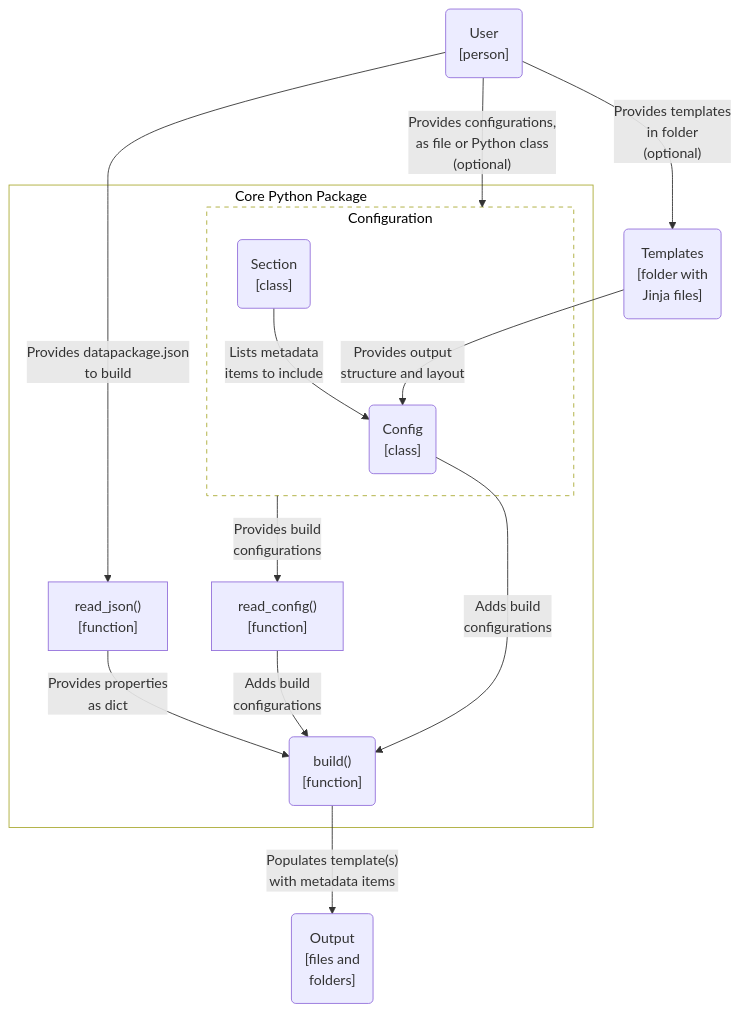
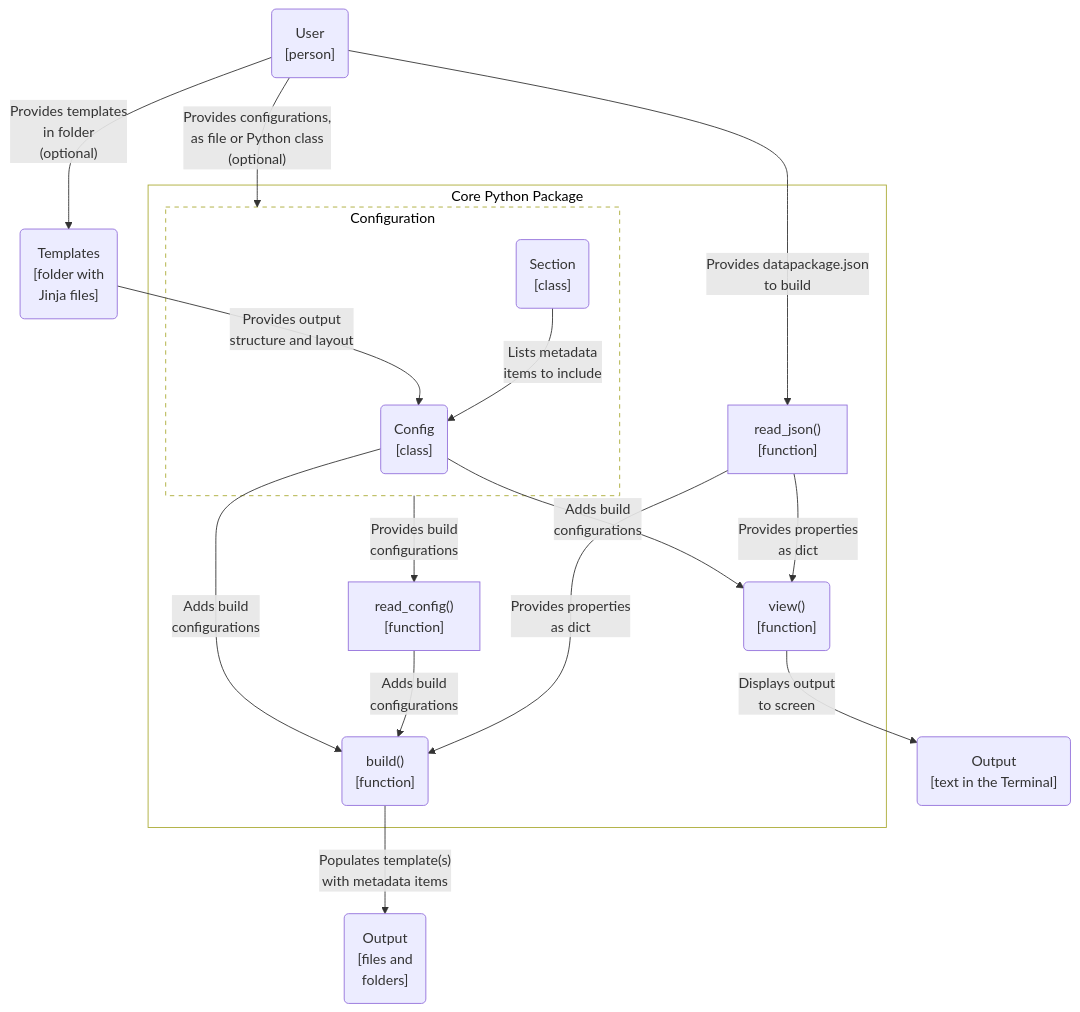
The third of 3 diagrams in docs/design/architecture.qmd (seedcase-project/seedcase-flower), drawn with Mermaid before and after one commit.

Commit message:
docs: :building_construction: added `view()` functionality to C4 model (#104)
# Description

This was missing from the C4 model.

Needs a quick review.

## Checklist

- [x] Formatted Markdown
- [x] Ran `just run-all`

---------

````diff
--- a/docs/design/architecture.qmd
+++ b/docs/design/architecture.qmd
@@ -235,38 +235,41 @@
 ```{mermaid}
 %%| label: fig-c4-component
 %%| fig-cap: "C4 component diagram showing the parts of the Python package and their connections."
 flowchart
 
     subgraph python_package["Core Python Package"]
 
         subgraph config_file["Configuration"]
             config("Config<br>[class]")
             section("Section<br>[class]")
         end
 
         read_config["read_config()<br>[function]"]
         read_json["read_json()<br>[function]"]
         build("build()<br>[function]")
+        view("view()<br>[function]")
 
         section --"Lists metadata<br>items to include"--> config
         config_file -- "Provides build<br>configurations" --> read_config
 
-        read_json --"Provides properties<br>as dict"--> build
+        read_json --"Provides properties<br>as dict"--> build & view
         read_config -- "Adds build<br>configurations" --> build
-        config --"Adds build<br>configurations"--> build
+        config --"Adds build<br>configurations"--> build & view
     end
 
     templates("Templates<br>[folder with<br>Jinja files]")
     user("User<br>[person]")
-    output("Output<br>[files and<br>folders]")
+    output_files("Output<br>[files and<br>folders]")
+    output_screen("Output<br>[text in the Terminal]")
 
     templates --"Provides output<br>structure and layout"--> config
     user --"Provides datapackage.json<br>to build"--> read_json
     user --"Provides configurations,<br>as file or Python class<br>(optional)"--> config_file
     user --"Provides templates<br>in folder<br>(optional)"--> templates
-    build --"Populates template(s)<br>with metadata items"--> output
+    build --"Populates template(s)<br>with metadata items"--> output_files
+    view --"Displays output<br>to screen"--> output_screen
 
     %% Styling
     style python_package fill:#FFFFFF, color:#000000
     style config_file fill:#FFFFFF, color:#000000, stroke-dasharray: 5 5
 ```
````
